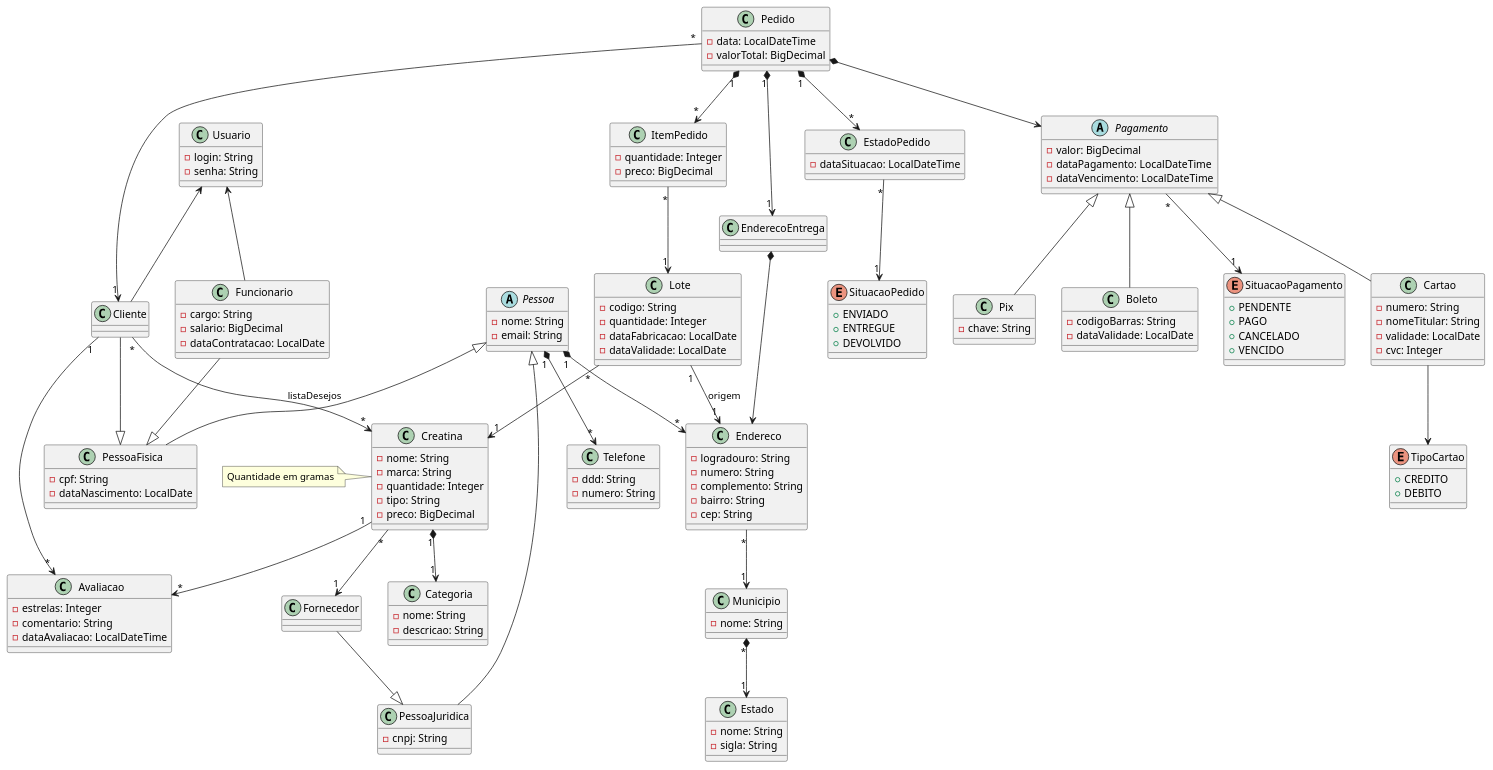
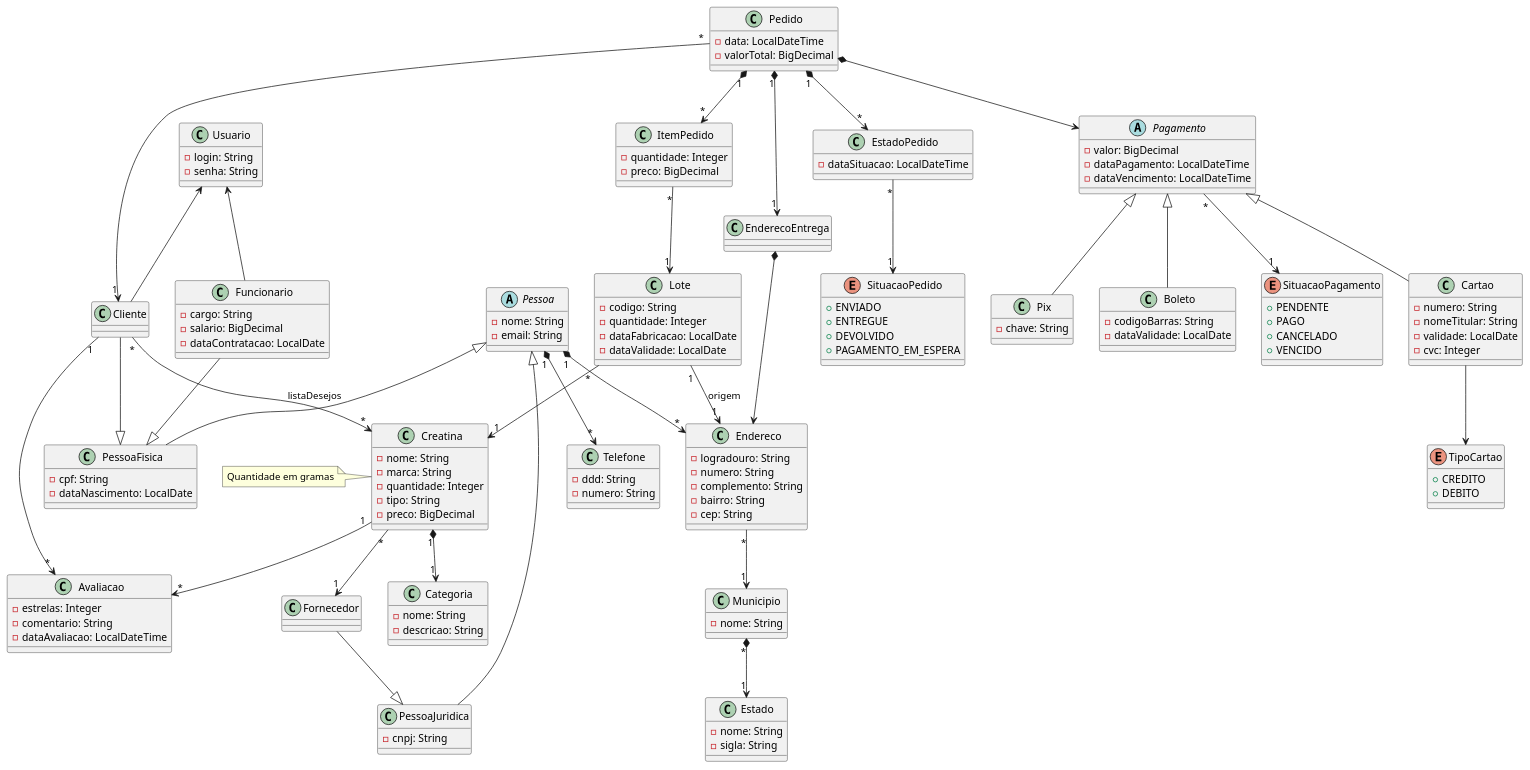
Before and after one commit to HallanChristian/creatina-tp1-quarkus: the diagram in src/main/resources/Creatina.plantuml, drawn with PlantUML. The commit also changed 46 other files, not shown here.

Commit message:
Alterações Repository para se adequar ao UML

```diff
--- a/src/main/resources/Creatina.plantuml
+++ b/src/main/resources/Creatina.plantuml
@@ -1,185 +1,186 @@
 @startuml Creatina
 
 abstract class Pessoa {
   - nome: String
   - email: String
 }
 
 class PessoaFisica {
   - cpf: String
   - dataNascimento: LocalDate
 }
 
 class PessoaJuridica {
   - cnpj: String
 }
 
 class Usuario {
   - login: String
   - senha: String
 }
 
 class Cliente {
 }
 
 class Funcionario {
   - cargo: String
   - salario: BigDecimal
   - dataContratacao: LocalDate
 }
 
 Pessoa <|-- PessoaFisica
 Pessoa <|-- PessoaJuridica
 Usuario <-- Cliente
 Usuario <-- Funcionario
 Funcionario --|> PessoaFisica
 Cliente --|> PessoaFisica
 Fornecedor --|> PessoaJuridica
 
 class Telefone {
   - ddd: String
   - numero: String
 }
 
 class Endereco {
   - logradouro: String
   - numero: String
   - complemento: String
   - bairro: String
   - cep: String
 }
 
 class Municipio {
   - nome: String
 }
 
 class Estado {
   - nome: String
   - sigla: String
 }
 
 class Pedido {
   - data: LocalDateTime
   - valorTotal: BigDecimal
 }
 
 class ItemPedido {
   - quantidade: Integer
   - preco: BigDecimal
 }
 
 class EstadoPedido {
   - dataSituacao: LocalDateTime
 }
 
 Enum SituacaoPedido {
   + ENVIADO
   + ENTREGUE
   + DEVOLVIDO
+  + PAGAMENTO_EM_ESPERA
 }
 
 class EnderecoEntrega {
 }
 
 Enum SituacaoPagamento {
   + PENDENTE
   + PAGO
   + CANCELADO
   + VENCIDO
 }
 
 abstract class Pagamento {
   - valor: BigDecimal
   - dataPagamento: LocalDateTime
   - dataVencimento: LocalDateTime
 }
 
 class Cartao {
   - numero: String
   - nomeTitular: String
   - validade: LocalDate
   - cvc: Integer
 }
 
 Enum TipoCartao {
   + CREDITO
   + DEBITO
 }
 
 class Pix {
   - chave: String
 }
 
 class Boleto {
   - codigoBarras: String
   - dataValidade: LocalDate
 }
 
 Pagamento <|-- Pix
 Pagamento <|-- Boleto
 Pagamento <|-- Cartao
 Pagamento "*" --> "1" SituacaoPagamento
 
 class Fornecedor {
 }
 
 class Creatina {
   - nome: String
   - marca: String
   - quantidade: Integer
   - tipo: String
   - preco: BigDecimal
 }
 
 class Categoria {
   - nome: String
   - descricao: String
 }
 
 class Lote {
   - codigo: String
   - quantidade: Integer
   - dataFabricacao: LocalDate
   - dataValidade: LocalDate
 }
 
 class Avaliacao {
   - estrelas: Integer
   - comentario: String
   - dataAvaliacao: LocalDateTime
 }
 
 ' Relacionamentos
 
 Pessoa "1" *--> "*" Telefone
 Pessoa "1" *--> "*" Endereco
 
 EnderecoEntrega *--> Endereco
 Endereco "*" --> "1" Municipio
 Municipio "*" *--> "1" Estado
 
 Cliente "*" --> "*" Creatina : listaDesejos
 Cliente "1" --> "*" Avaliacao
 
 ItemPedido "*" --> "1" Lote
 
 Pedido "*" --> "1" Cliente
 Pedido "1" *--> "*" ItemPedido
 Pedido *--> Pagamento
 Pedido "1" *--> "*" EstadoPedido
 Pedido "1" *--> "1" EnderecoEntrega
 
 EstadoPedido "*" --> "1" SituacaoPedido
 
 Cartao --> TipoCartao
 
 Creatina "1" *--> "1" Categoria
 Creatina "1" --> "*" Avaliacao
 Creatina "*" --> "1" Fornecedor
 
 Lote "*" --> "1" Creatina
 Lote "1" --> "1" Endereco : origem
 
 note left of Creatina: Quantidade em gramas
 
 @enduml
```
